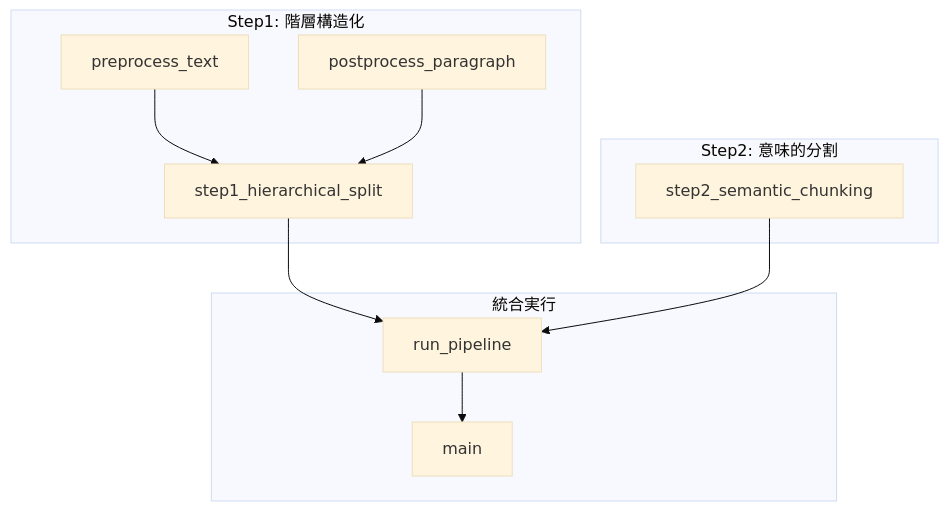
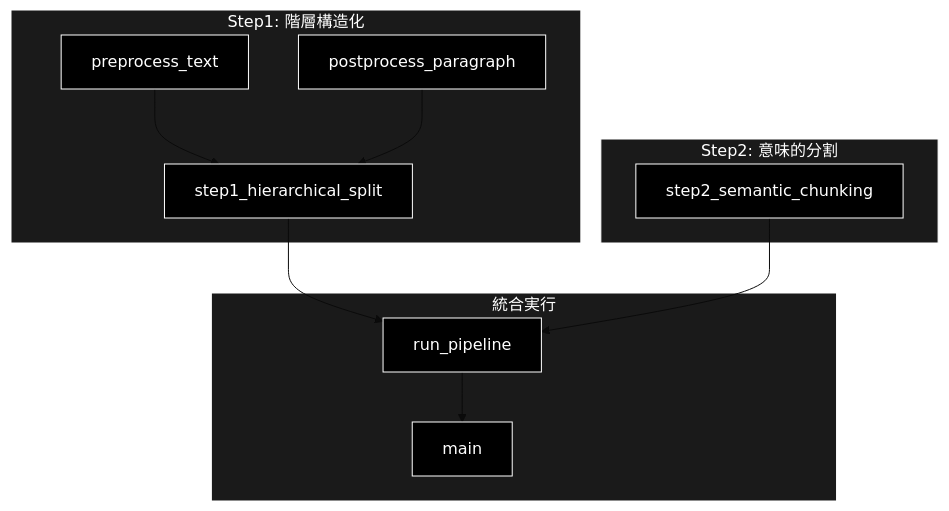
One commit to nakashima2toshio/ollama_grace_agent_v2 changed the second of 4 diagrams in chunking/doc/step1_2.md. Above: the diagram before and after it, drawn with Mermaid (base theme). The commit also changed other lines of this file and 13 other files, not shown here.

````diff
--- a/chunking/doc/step1_2.md
+++ b/chunking/doc/step1_2.md
@@ -93,23 +99,29 @@
 ```mermaid
 flowchart TB
     subgraph STEP1_FUNCS["Step1: 階層構造化"]
         PRE[preprocess_text]
         POST[postprocess_paragraph]
         S1[step1_hierarchical_split]
     end
 
     subgraph STEP2_FUNCS["Step2: 意味的分割"]
         S2[step2_semantic_chunking]
     end
 
     subgraph PIPELINE_FUNCS["統合実行"]
         RUN[run_pipeline]
         MAIN[main]
     end
 
     PRE --> S1
     POST --> S1
     S1 --> RUN
     S2 --> RUN
     RUN --> MAIN
+classDef default fill:#000,stroke:#fff,color:#fff
+classDef subgraphStyle fill:#1a1a1a,stroke:#fff,color:#fff
+class PRE,POST,S1,S2,RUN,MAIN default
+style STEP1_FUNCS fill:#1a1a1a,stroke:#fff,color:#fff
+style STEP2_FUNCS fill:#1a1a1a,stroke:#fff,color:#fff
+style PIPELINE_FUNCS fill:#1a1a1a,stroke:#fff,color:#fff
 ```
````
